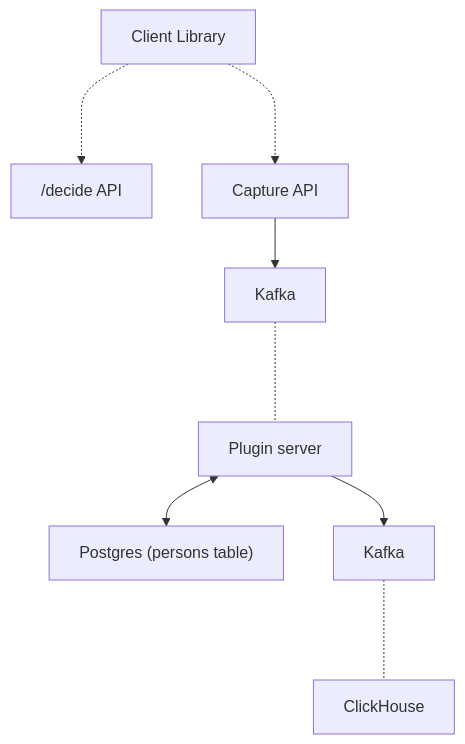
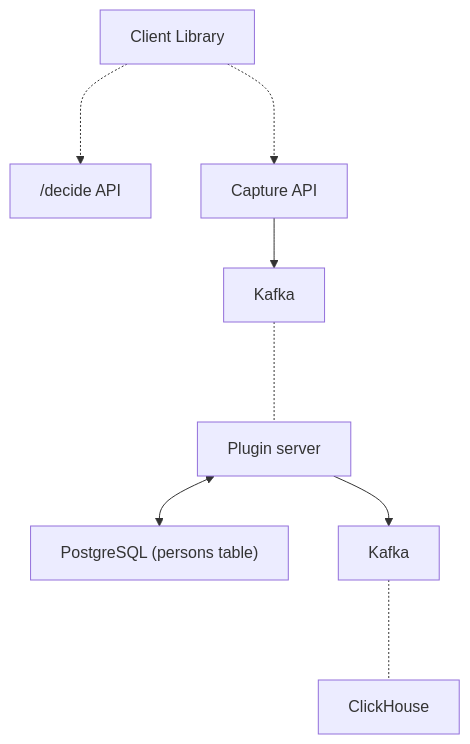
One commit to PostHog/posthog.com changed the first of 3 diagrams in contents/handbook/engineering/event-ingestion.md. Above: the diagram before and after it, drawn with Mermaid.

````diff
--- a/contents/handbook/engineering/event-ingestion.md
+++ b/contents/handbook/engineering/event-ingestion.md
@@ -13,21 +13,21 @@
 ```mermaid
 graph TD
     CLIENT[Client Library]
     DECIDE["/decide API"]
     CAPTURE[Capture API]
     PLUGINS[Plugin server]
-    PERSONS["Postgres (persons table)"]
+    PERSONS["PostgreSQL (persons table)"]
     Kafka2[Kafka]
 
     CLIENT -..-> DECIDE
 
     CLIENT -..-> CAPTURE
     CAPTURE --> Kafka
 
     Kafka <-..- PLUGINS
 
     PLUGINS <--> PERSONS
     PLUGINS --> Kafka2
 
     Kafka2 <-..- ClickHouse
 ```
````
